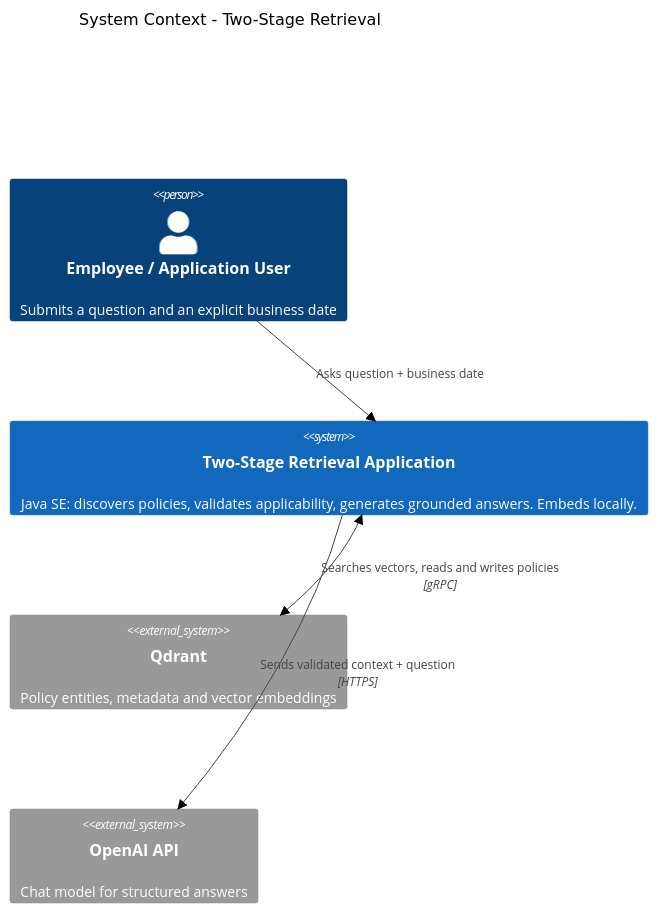
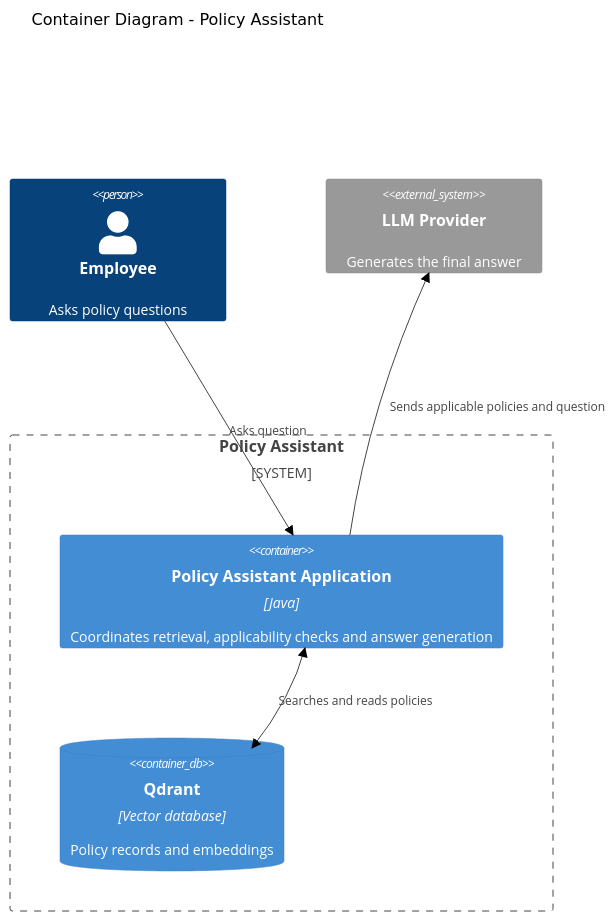
The second of 4 diagrams in README.md (otaviojava/jnosql-langchain4j-rag-se), drawn with Mermaid (forest theme) before and after one commit. The commit also changed other lines of this file, not shown here.

First line of the commit message:
docs(README): simplify architecture section and streamline diagrams

````diff
--- a/README.md
+++ b/README.md
@@ -38,11 +40,13 @@
 ```mermaid
-C4Context
-    title System Context - Two-Stage Retrieval
-    Person(user, "Employee / Application User", "Submits a question and an explicit business date")
-    System(app, "Two-Stage Retrieval Application", "Java SE: discovers policies, validates applicability, generates grounded answers. Embeds locally.")
-    System_Ext(qdrant, "Qdrant", "Policy entities, metadata and vector embeddings")
-    System_Ext(openai, "OpenAI API", "Chat model for structured answers")
-    Rel(user, app, "Asks question + business date")
-    BiRel(app, qdrant, "Searches vectors, reads and writes policies", "gRPC")
-    Rel(app, openai, "Sends validated context + question", "HTTPS")
+C4Container
+    title Container Diagram - Policy Assistant
+    Person(employee, "Employee", "Asks policy questions")
+    System_Boundary(boundary, "Policy Assistant") {
+        Container(app, "Policy Assistant Application", "Java", "Coordinates retrieval, applicability checks and answer generation")
+        ContainerDb(qdrant, "Qdrant", "Vector database", "Policy records and embeddings")
+    }
+    System_Ext(llm, "LLM Provider", "Generates the final answer")
+    Rel(employee, app, "Asks question")
+    BiRel(app, qdrant, "Searches and reads policies")
+    Rel(app, llm, "Sends applicable policies and question")
 ```
````
